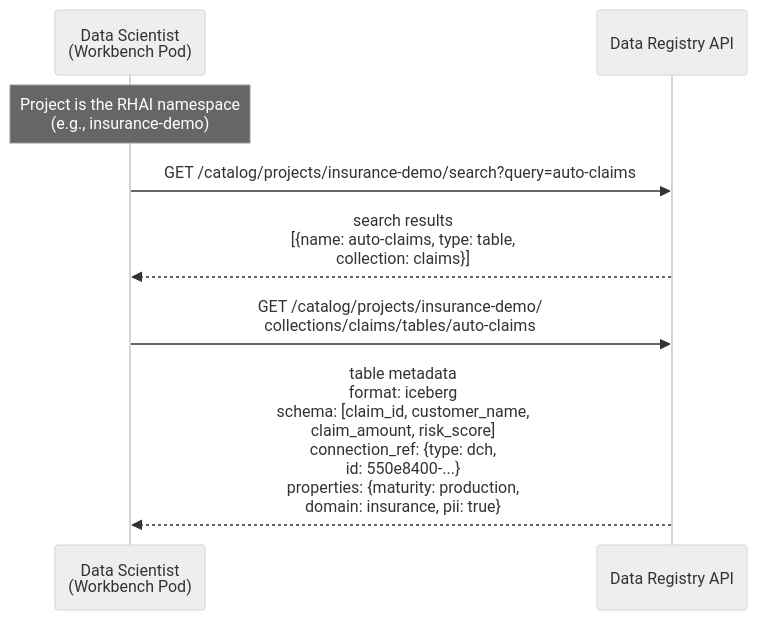
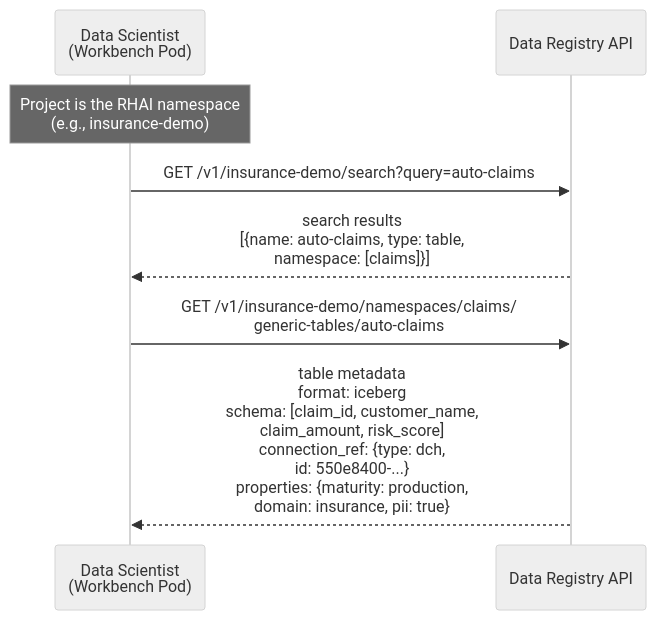
The first of 5 diagrams in architecture-decision-records/data-registry/ODH-ADR-DR-0002-data-registry-dch-integration.md (opendatahub-io/architecture-decision-records), drawn with Mermaid (neutral theme) before and after one commit. The commit also changed other lines of this file, not shown here.

````diff
--- a/architecture-decision-records/data-registry/ODH-ADR-DR-0002-data-registry-dch-integration.md
+++ b/architecture-decision-records/data-registry/ODH-ADR-DR-0002-data-registry-dch-integration.md
@@ -75,13 +75,13 @@
 ```mermaid
 sequenceDiagram
     participant User as Data Scientist<br/>(Workbench Pod)
     participant DR as Data Registry API
 
     Note over User: Project is the RHAI namespace<br/>(e.g., insurance-demo)
 
-    User->>DR: GET /catalog/projects/insurance-demo/search?query=auto-claims
-    DR-->>User: search results<br/>[{name: auto-claims, type: table,<br/>collection: claims}]
+    User->>DR: GET /v1/insurance-demo/search?query=auto-claims
+    DR-->>User: search results<br/>[{name: auto-claims, type: table,<br/>namespace: [claims]}]
 
-    User->>DR: GET /catalog/projects/insurance-demo/<br/>collections/claims/tables/auto-claims
+    User->>DR: GET /v1/insurance-demo/namespaces/claims/<br/>generic-tables/auto-claims
     DR-->>User: table metadata<br/>format: iceberg<br/>schema: [claim_id, customer_name,<br/>claim_amount, risk_score]<br/>connection_ref: {type: dch,<br/>id: 550e8400-...}<br/>properties: {maturity: production,<br/>domain: insurance, pii: true}
 ```
````
